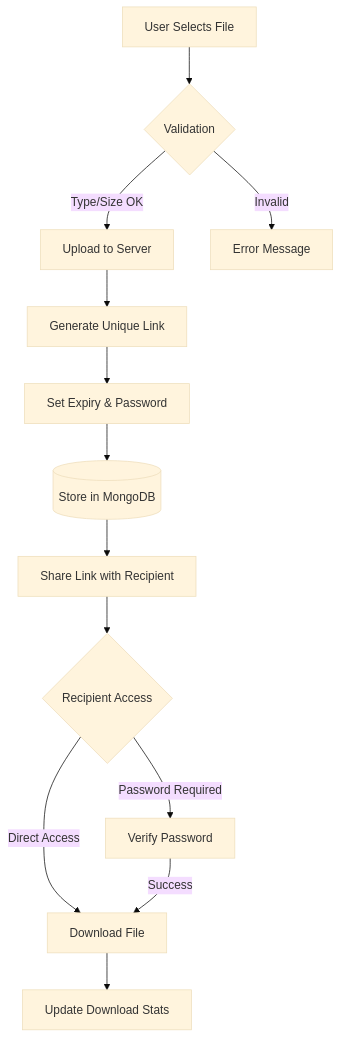
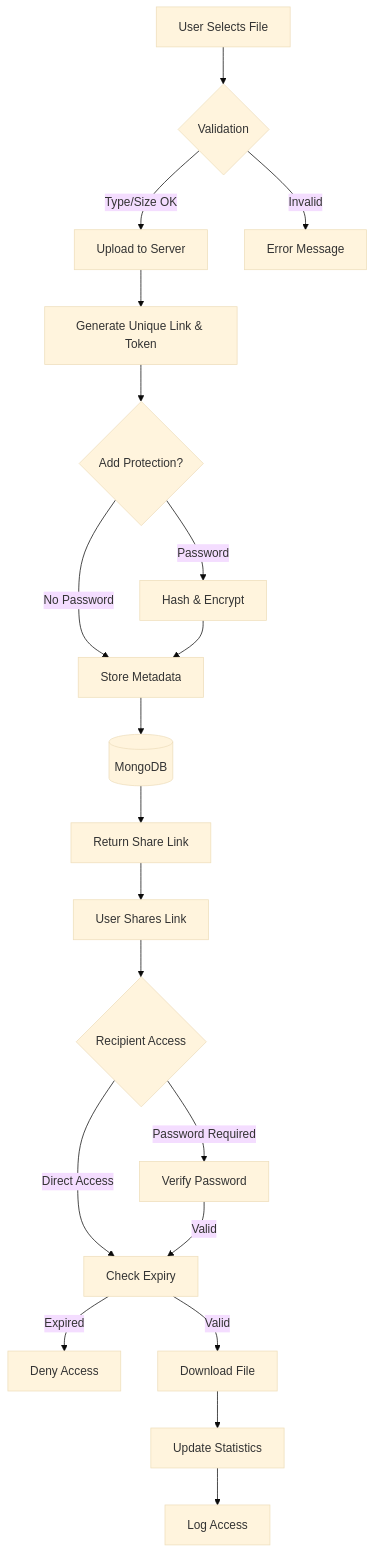
Before and after one commit to Nitya-003/Share-It: the diagram in README.md, drawn with Mermaid (base theme). The commit also changed other lines of this file, not shown here.

````diff
--- a/README.md
+++ b/README.md
@@ -39,15 +100,22 @@
 ```mermaid
 graph TD
     A[User Selects File] --> B{Validation}
     B -- Type/Size OK --> C[Upload to Server]
     B -- Invalid --> D[Error Message]
-    C --> E[Generate Unique Link]
-    E --> F[Set Expiry & Password]
-    F --> G[(Store in MongoDB)]
-    G --> H[Share Link with Recipient]
-    H --> I{Recipient Access}
-    I -- Password Required --> J[Verify Password]
-    I -- Direct Access --> K[Download File]
-    J -- Success --> K
-    K --> L[Update Download Stats]
+    C --> E[Generate Unique Link & Token]
+    E --> F{Add Protection?}
+    F -- Password --> G[Hash & Encrypt]
+    F -- No Password --> H[Store Metadata]
+    G --> H
+    H --> I[(MongoDB)]
+    I --> J[Return Share Link]
+    J --> K[User Shares Link]
+    K --> L{Recipient Access}
+    L -- Password Required --> M[Verify Password]
+    L -- Direct Access --> N[Check Expiry]
+    M -- Valid --> N
+    N -- Expired --> O[Deny Access]
+    N -- Valid --> P[Download File]
+    P --> Q[Update Statistics]
+    Q --> R[Log Access]
 ```
````
